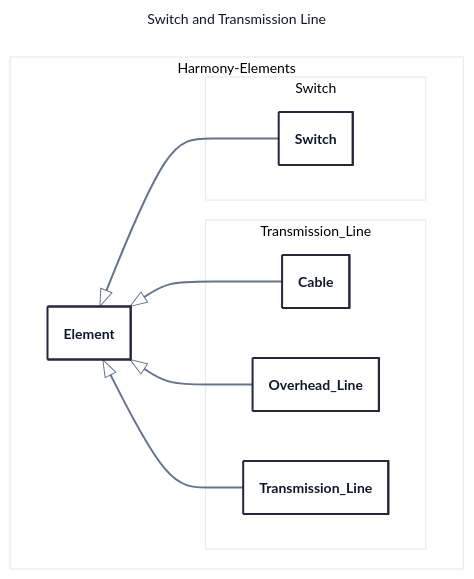
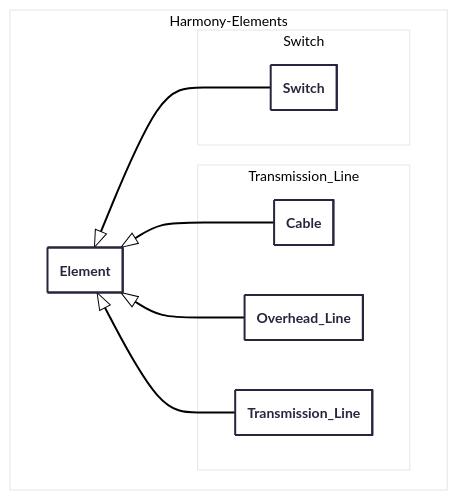
One commit to yiquintero/tmp changed the first of 11 diagrams in class_diagram.md. Above: the diagram before and after it, drawn with Mermaid. The commit also changed other lines of this file, not shown here.

First line of the commit message:
Simplify mermaid diagram configurations

````diff
--- a/class_diagram.md
+++ b/class_diagram.md
@@ -23,34 +23,26 @@
 ```mermaid
 ---
-title: Switch and Transmission Line
 config:
   theme: redux-color
-  themeVariables:
-    fontFamily: Segoe UI, -apple-system, BlinkMacSystemFont, sans-serif
-    lineColor: "#64748B"
-    primaryTextColor: "#0F172A"
-  flowchart:
-    wrappingWidth: 450
   class:
     hideEmptyMembersBox: true
-    padding: 16
 ---
 classDiagram
   namespace Harmony-Elements {
     class Element {}
   }
   namespace Harmony-Elements.Switch {
     class Switch {}
   }
   Element <|-- Switch
 
   namespace Harmony-Elements.Transmission_Line {
     class Cable {}
     class Overhead_Line {}
     class Transmission_Line {}
   }
   Element <|-- Cable
   Element <|-- Overhead_Line
   Element <|-- Transmission_Line
 
 ```
````
